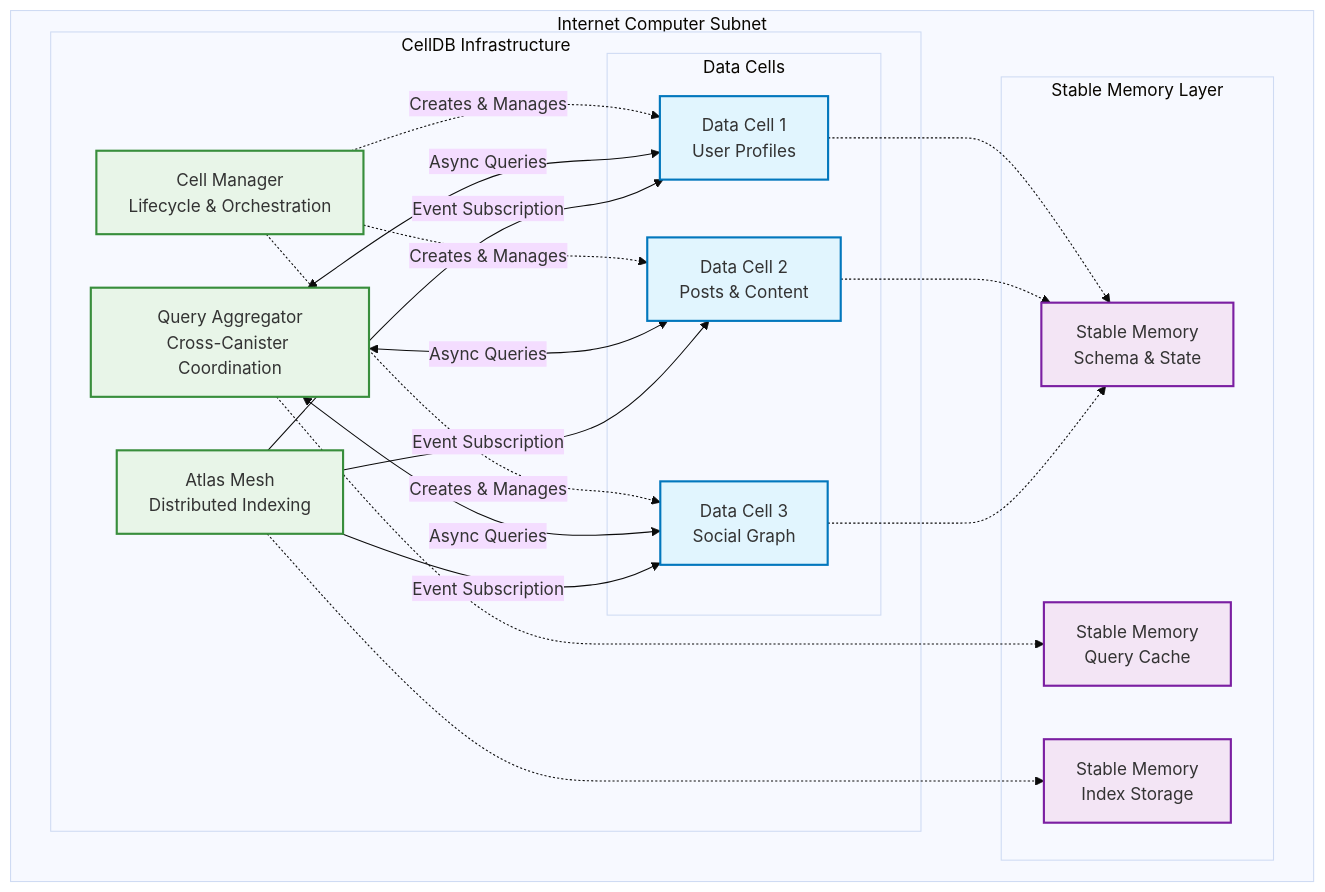
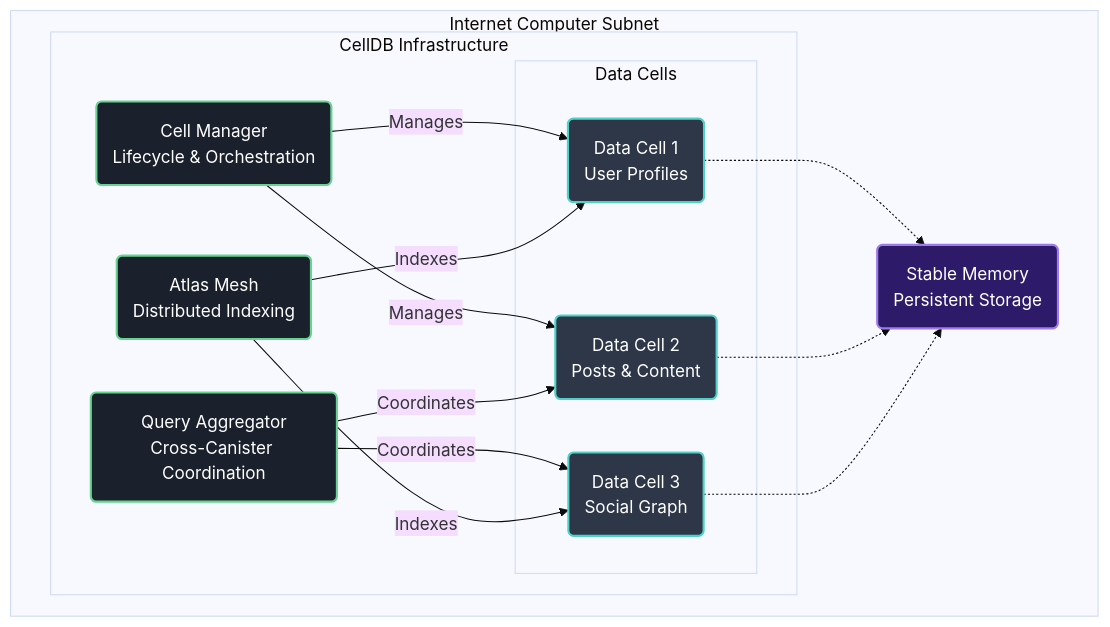
The diagram in README.md (Vincent-Omondi/cellDB), drawn with Mermaid (base theme) before and after one commit.

Commit message:
docs: update architecture diagram and component descriptions

````diff
--- a/README.md
+++ b/README.md
@@ -31,53 +31,40 @@
 ```mermaid
 graph TB
     subgraph "Internet Computer Subnet"
         subgraph "CellDB Infrastructure"
-            CM[Cell Manager<br/>Lifecycle & Orchestration]
-            QA[Query Aggregator<br/>Cross-Canister Coordination]
-            AM[Atlas Mesh<br/>Distributed Indexing]
+            CM(Cell Manager<br/>Lifecycle & Orchestration)
+            QA(Query Aggregator<br/>Cross-Canister Coordination)
+            AM(Atlas Mesh<br/>Distributed Indexing)
 
             subgraph "Data Cells"
-                DC1[Data Cell 1<br/>User Profiles]
-                DC2[Data Cell 2<br/>Posts & Content]
-                DC3[Data Cell 3<br/>Social Graph]
+                DC1(Data Cell 1<br/>User Profiles)
+                DC2(Data Cell 2<br/>Posts & Content)
+                DC3(Data Cell 3<br/>Social Graph)
             end
         end
 
-        subgraph "Stable Memory Layer"
-            SM1[Stable Memory<br/>Schema & State]
-            SM2[Stable Memory<br/>Query Cache]
-            SM3[Stable Memory<br/>Index Storage]
-        end
+        SM(Stable Memory<br/>Persistent Storage)
     end
 
-    %% Management relationships
-    CM -.->|Creates & Manages| DC1
-    CM -.->|Creates & Manages| DC2
-    CM -.->|Creates & Manages| DC3
+    %% Core relationships
+    CM -->|Manages| DC1
+    CM -->|Manages| DC2
+    QA -->|Coordinates| DC2
+    QA -->|Coordinates| DC3
+    AM -->|Indexes| DC1
+    AM -->|Indexes| DC3
 
-    %% Query coordination
-    QA <-->|Async Queries| DC1
-    QA <-->|Async Queries| DC2
-    QA <-->|Async Queries| DC3
+    %% Persistence
+    DC1 -.-> SM
+    DC2 -.-> SM
+    DC3 -.-> SM
 
-    %% Indexing relationships
-    AM -->|Event Subscription| DC1
-    AM -->|Event Subscription| DC2
-    AM -->|Event Subscription| DC3
-
-    %% Stable memory persistence
-    DC1 -.-> SM1
-    DC2 -.-> SM1
-    DC3 -.-> SM1
-    QA -.-> SM2
-    AM -.-> SM3
-
-    %% Styling
-    classDef canister fill:#e1f5fe,stroke:#0277bd,stroke-width:2px
-    classDef storage fill:#f3e5f5,stroke:#7b1fa2,stroke-width:2px
-    classDef infrastructure fill:#e8f5e8,stroke:#388e3c,stroke-width:2px
+    %% Dark mode friendly styling
+    classDef canister fill:#2d3748,stroke:#4fd1c7,stroke-width:2px,color:#ffffff
+    classDef infrastructure fill:#1a202c,stroke:#68d391,stroke-width:2px,color:#ffffff
+    classDef storage fill:#2d1b69,stroke:#9f7aea,stroke-width:2px,color:#ffffff
 
     class DC1,DC2,DC3 canister
-    class SM1,SM2,SM3 storage
     class CM,QA,AM infrastructure
+    class SM storage
 ```
````
